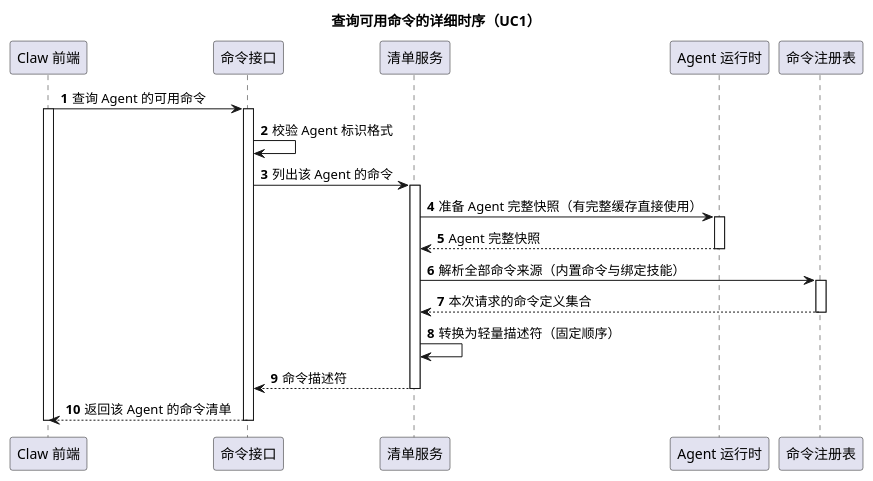
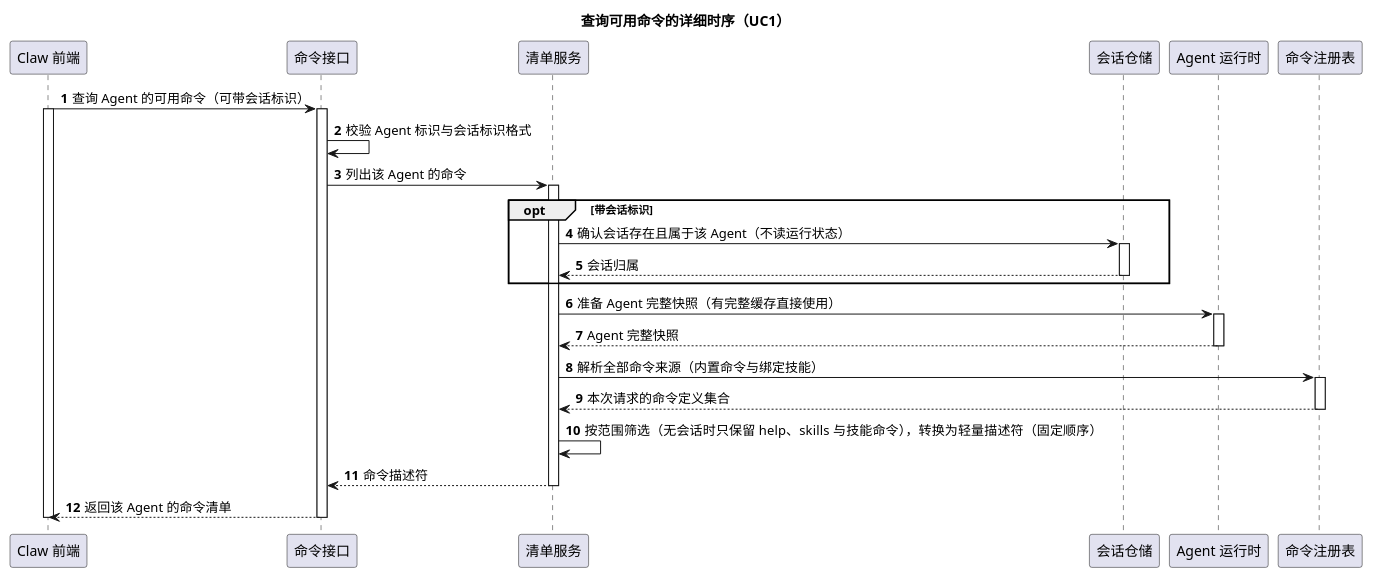
The second of 5 diagrams in 01-总体架构/04-CampusClaw命令系统/diagram.puml (ssm0808/pi-mono-java-design), drawn with PlantUML before and after one commit. The commit also changed other lines of this file and 22 other files, not shown here.

First line of the commit message:
ListAgentCommands: optional sessionId selects catalog scope

```diff
--- a/01-总体架构/04-CampusClaw命令系统/diagram.puml
+++ b/01-总体架构/04-CampusClaw命令系统/diagram.puml
@@ -38,28 +38,33 @@
 @startuml list_agent_commands
 title 查询可用命令的详细时序（UC1）
 ' 源码证据：pi-mono-java@fd431002 modules/coding-agent-cli/src/main/java/com/campusclaw/codingagent/runtimeapi/service/command/CommandCatalogService.java list/completeSnapshot；同包 CompositeCommandRegistry.java resolveComplete；CommandDiscoveryResponseAssembler.java assemble。
 ' 源码证据：modules/coding-agent-cli/src/main/java/com/campusclaw/codingagent/runtime/AgentRuntimeManager.java prepare/prepareCached。
 ' 已观察行为：当前先读 Session，再用 prepareCached 只读完整缓存；描述依赖会话状态。
-' 设计原因：清单只取决于 Agent，改用与创建会话相同的 prepare；会话状态只在执行准入时使用。
-' 待实现：本图所有按 agentId 的步骤。
+' 设计原因：命令来源只取决于 Agent，改用与创建会话相同的 prepare；可选 sessionId 只确认归属并决定是否包含会话命令，会话状态只在执行准入时使用。
+' 待实现：本图所有按 agentId 与可选 sessionId 的步骤。
 skinparam shadowing false
 autonumber
 participant "Claw 前端" as Web
 participant "命令接口" as Api
 participant "清单服务" as Catalog
+participant "会话仓储" as Sessions
 participant "Agent 运行时" as AgentRuntime
 participant "命令注册表" as Registry
 
-Web -> Api ++ : 查询 Agent 的可用命令
+Web -> Api ++ : 查询 Agent 的可用命令（可带会话标识）
 activate Web
-Api -> Api : 校验 Agent 标识格式
+Api -> Api : 校验 Agent 标识与会话标识格式
 Api -> Catalog ++ : 列出该 Agent 的命令
+opt 带会话标识
+  Catalog -> Sessions ++ : 确认会话存在且属于该 Agent（不读运行状态）
+  return 会话归属
+end
 Catalog -> AgentRuntime ++ : 准备 Agent 完整快照（有完整缓存直接使用）
 return Agent 完整快照
 Catalog -> Registry ++ : 解析全部命令来源（内置命令与绑定技能）
 return 本次请求的命令定义集合
-Catalog -> Catalog : 转换为轻量描述符（固定顺序）
+Catalog -> Catalog : 按范围筛选（无会话时只保留 help、skills 与技能命令），转换为轻量描述符（固定顺序）
 return 命令描述符
 return 返回该 Agent 的命令清单
 deactivate Web
 @enduml
```
